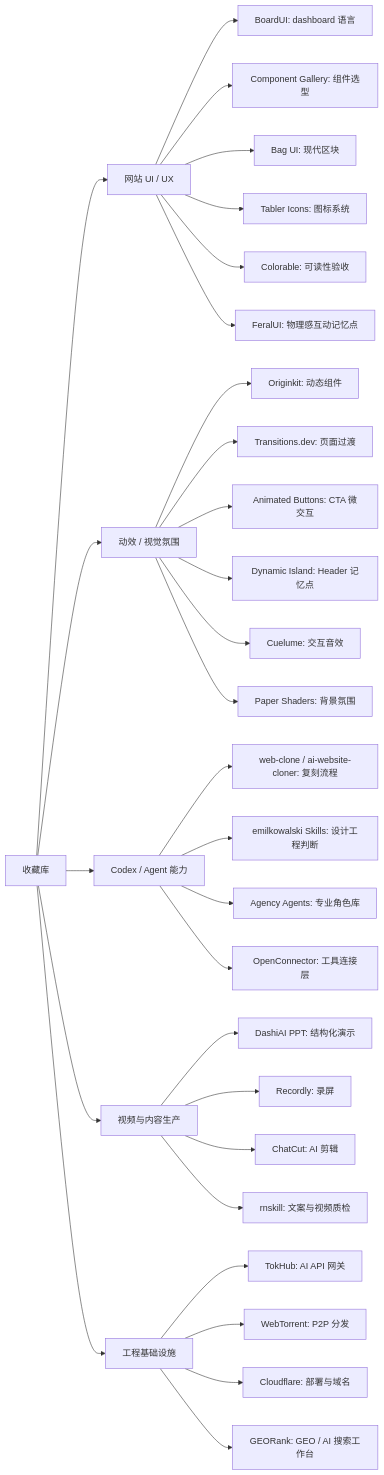
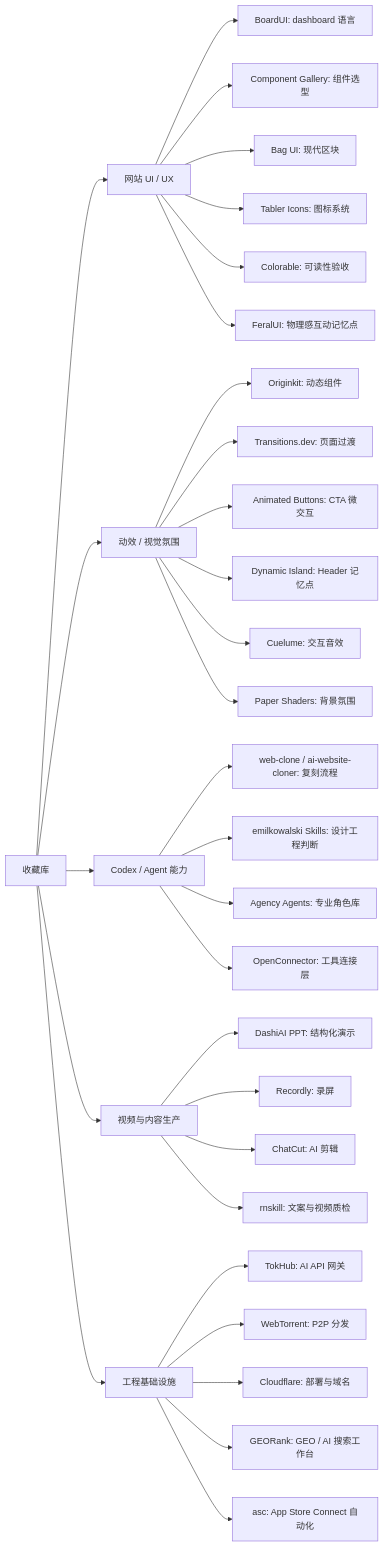
One commit to youfei0719/glint-vault changed the diagram in _索引/多媒体收藏地图.md. Above: the diagram before and after it, drawn with Mermaid. The commit also changed other lines of this file and 11 other files, not shown here.

Commit message:
收录：App Store Connect自动化CLI asc

````diff
--- a/_索引/多媒体收藏地图.md
+++ b/_索引/多媒体收藏地图.md
@@ -113,37 +114,38 @@
 ```mermaid
 flowchart LR
   A["收藏库"] --> B["网站 UI / UX"]
   A --> C["动效 / 视觉氛围"]
   A --> D["Codex / Agent 能力"]
   A --> E["视频与内容生产"]
   A --> F["工程基础设施"]
 
   B --> B1["BoardUI: dashboard 语言"]
   B --> B2["Component Gallery: 组件选型"]
   B --> B3["Bag UI: 现代区块"]
   B --> B4["Tabler Icons: 图标系统"]
   B --> B5["Colorable: 可读性验收"]
   B --> B6["FeralUI: 物理感互动记忆点"]
 
   C --> C1["Originkit: 动态组件"]
   C --> C2["Transitions.dev: 页面过渡"]
   C --> C3["Animated Buttons: CTA 微交互"]
   C --> C4["Dynamic Island: Header 记忆点"]
   C --> C5["Cuelume: 交互音效"]
   C --> C6["Paper Shaders: 背景氛围"]
 
   D --> D1["web-clone / ai-website-cloner: 复刻流程"]
   D --> D2["emilkowalski Skills: 设计工程判断"]
   D --> D3["Agency Agents: 专业角色库"]
   D --> D4["OpenConnector: 工具连接层"]
 
   E --> E1["DashiAI PPT: 结构化演示"]
   E --> E2["Recordly: 录屏"]
   E --> E3["ChatCut: AI 剪辑"]
   E --> E4["rnskill: 文案与视频质检"]
 
   F --> F1["TokHub: AI API 网关"]
   F --> F2["WebTorrent: P2P 分发"]
   F --> F3["Cloudflare: 部署与域名"]
   F --> F4["GEORank: GEO / AI 搜索工作台"]
+  F --> F5["asc: App Store Connect 自动化"]
 ```
````
